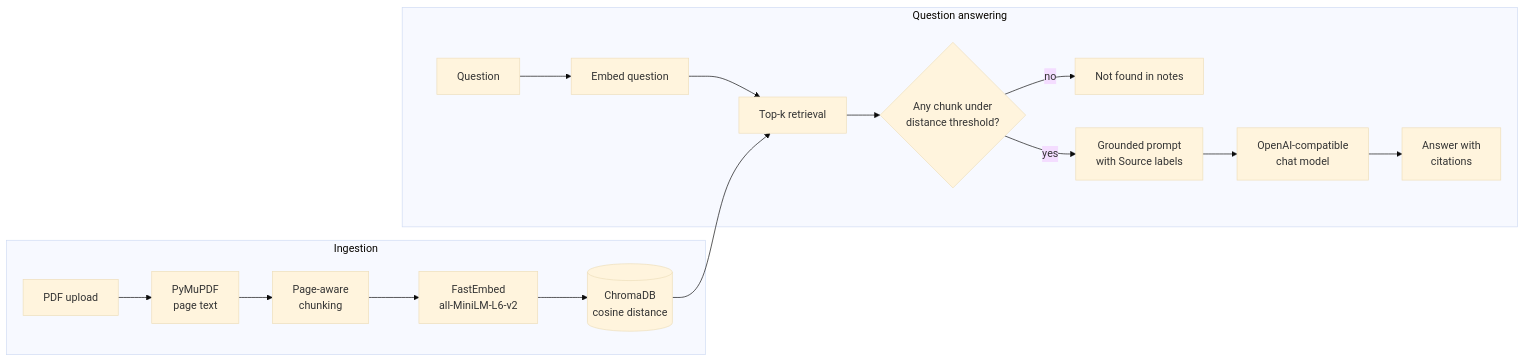
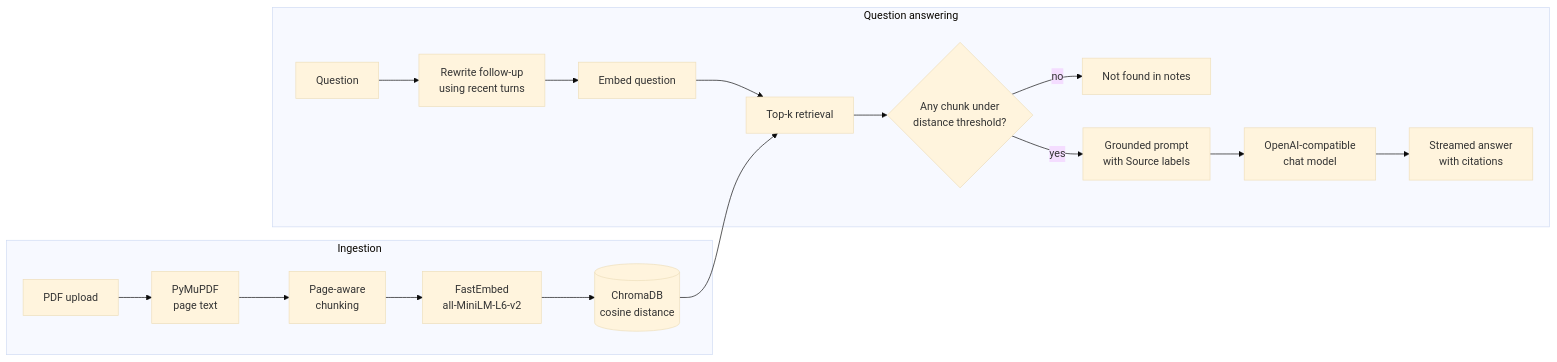
Before and after one commit to JesseSaarinen/AI-study-assistant: the diagram in README.md, drawn with Mermaid (base theme). The commit also changed other lines of this file and 15 other files, not shown here.

````diff
--- a/README.md
+++ b/README.md
@@ -27,20 +28,21 @@
 ```mermaid
 flowchart LR
     subgraph Ingestion
         A[PDF upload] --> B[PyMuPDF<br/>page text]
         B --> C[Page-aware<br/>chunking]
         C --> D[FastEmbed<br/>all-MiniLM-L6-v2]
         D --> E[(ChromaDB<br/>cosine distance)]
     end
 
     subgraph Question answering
-        Q[Question] --> QE[Embed question]
+        Q[Question] --> RW[Rewrite follow-up<br/>using recent turns]
+        RW --> QE[Embed question]
         QE --> R[Top-k retrieval]
         E --> R
         R --> F{Any chunk under<br/>distance threshold?}
         F -- no --> NF[Not found in notes]
         F -- yes --> P[Grounded prompt<br/>with Source labels]
         P --> L[OpenAI-compatible<br/>chat model]
-        L --> AN[Answer with<br/>citations]
+        L --> AN[Streamed answer<br/>with citations]
     end
 ```
````
